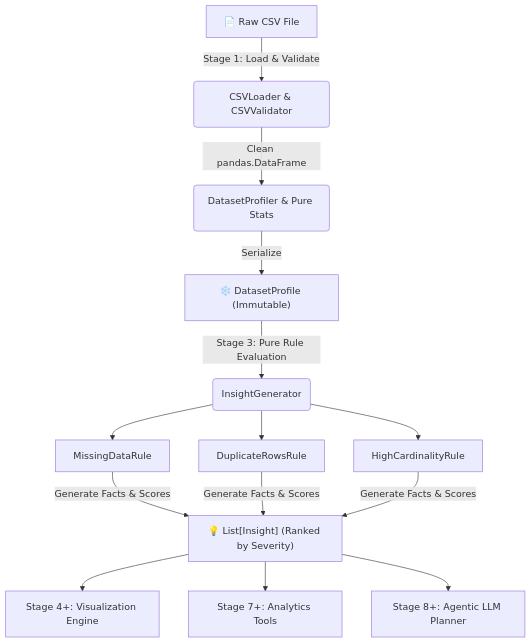
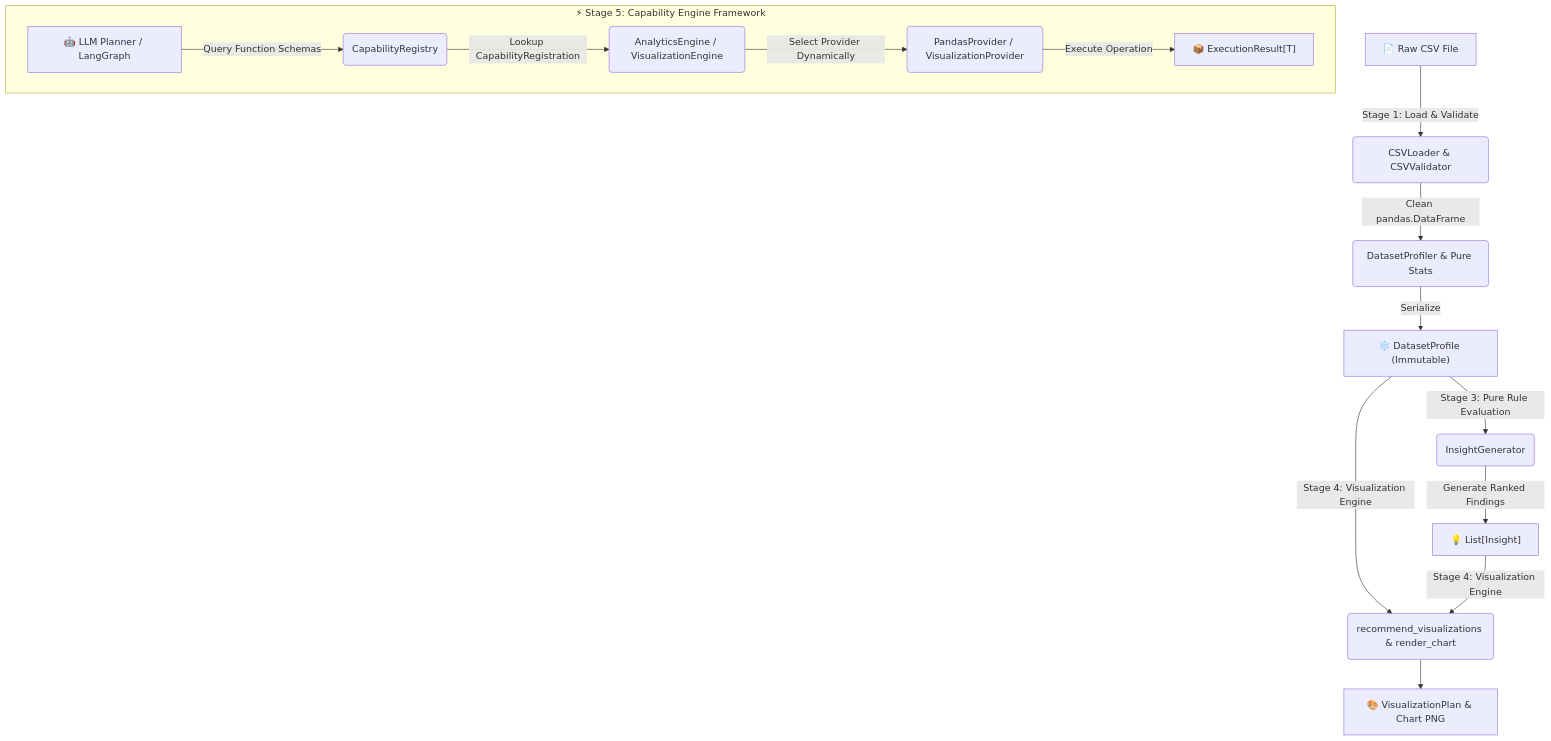
The diagram in README.md (Vishaldave45/CSV-Analytics-Agent), drawn with Mermaid before and after one commit. The commit also changed other lines of this file, not shown here.

````diff
--- a/README.md
+++ b/README.md
@@ -45,14 +45,17 @@
 ```mermaid
 flowchart TD
     A[📄 Raw CSV File] -->|Stage 1: Load & Validate| B(CSVLoader & CSVValidator)
     B -->|Clean pandas.DataFrame| C(DatasetProfiler & Pure Stats)
     C -->|Serialize| D["❄️ DatasetProfile (Immutable)"]
     D -->|Stage 3: Pure Rule Evaluation| E(InsightGenerator)
-    E --> F["MissingDataRule"]
-    E --> G["DuplicateRowsRule"]
-    E --> H["HighCardinalityRule"]
-    F & G & H -->|Generate Facts & Scores| I["💡 List[Insight] (Ranked by Severity)"]
-    I --> J[Stage 4+: Visualization Engine]
-    I --> K[Stage 7+: Analytics Tools]
-    I --> L[Stage 8+: Agentic LLM Planner]
+    E -->|Generate Ranked Findings| F["💡 List[Insight]"]
+    D & F -->|Stage 4: Visualization Engine| G(recommend_visualizations & render_chart)
+    G --> H["🎨 VisualizationPlan & Chart PNG"]
+    
+    subgraph STAGE_5 ["⚡ Stage 5: Capability Engine Framework"]
+        I["🤖 LLM Planner / LangGraph"] -->|Query Function Schemas| J(CapabilityRegistry)
+        J -->|Lookup CapabilityRegistration| K(AnalyticsEngine / VisualizationEngine)
+        K -->|Select Provider Dynamically| L(PandasProvider / VisualizationProvider)
+        L -->|Execute Operation| M["📦 ExecutionResult[T]"]
+    end
 ```
````
